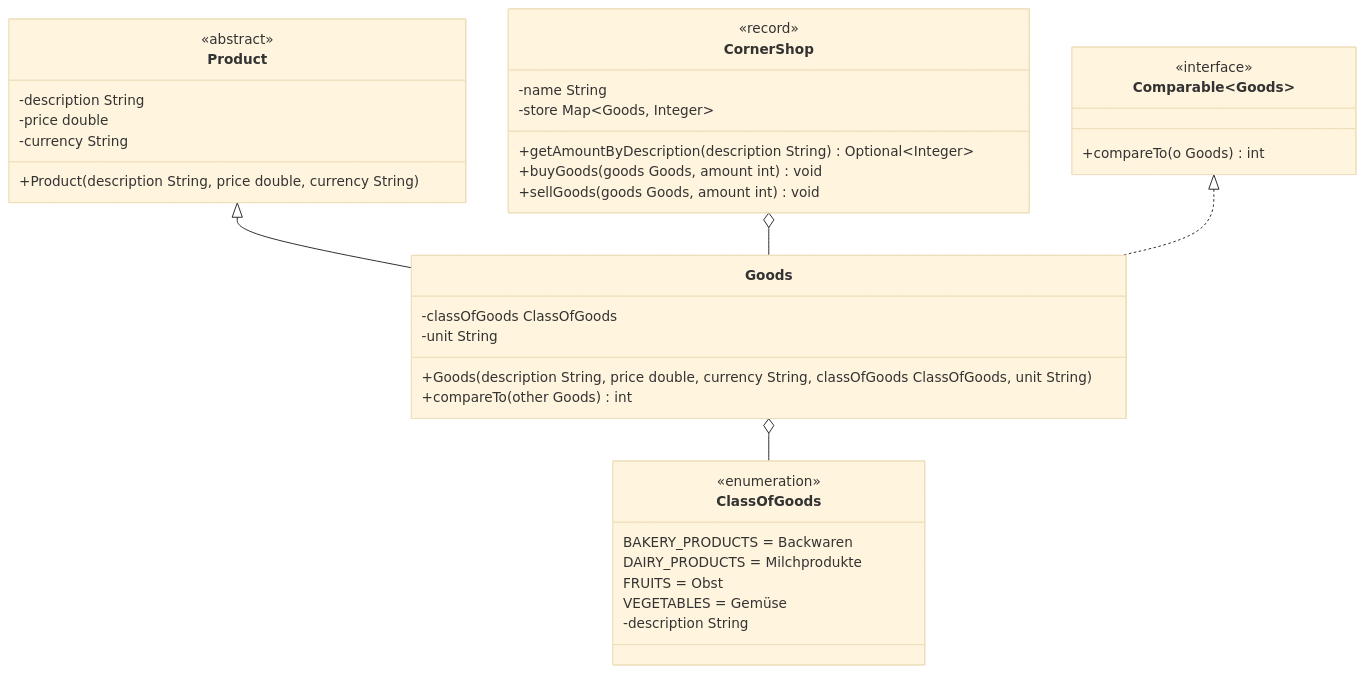
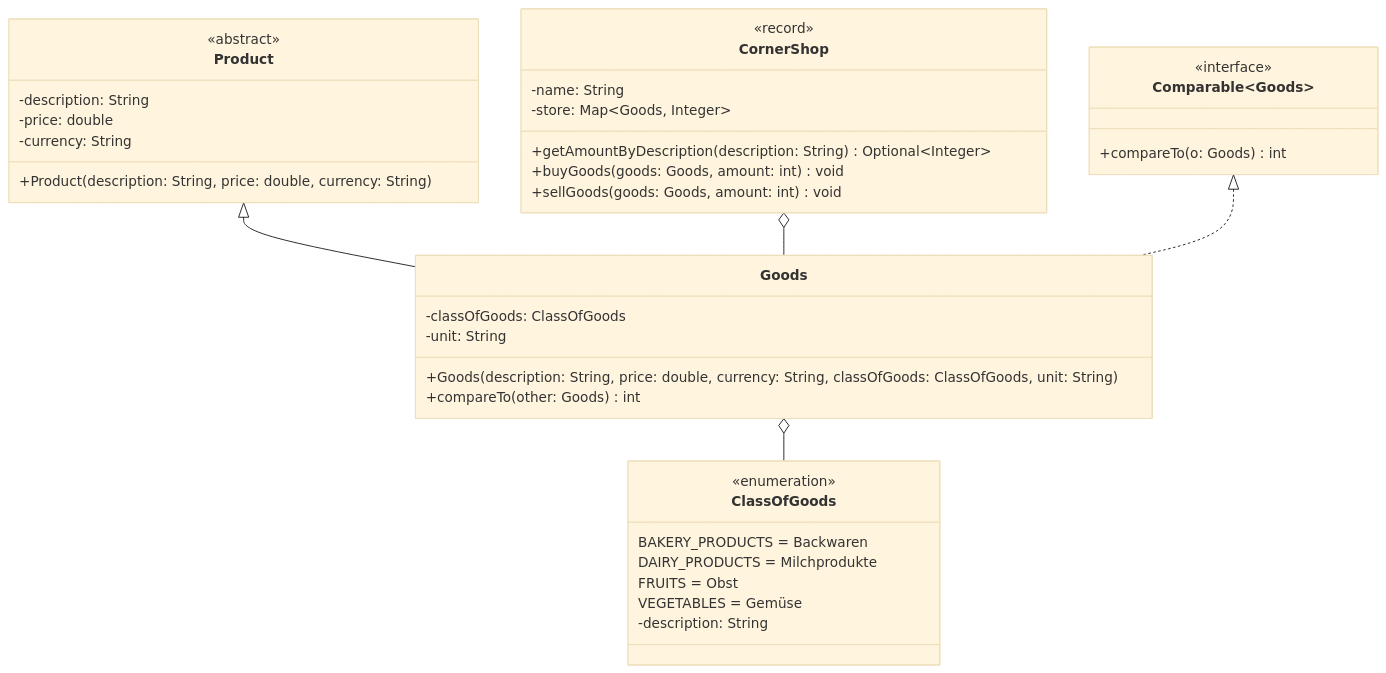
One commit to jappuccini/java-docs changed the diagram in docs/exam-exercises/exam-exercises-java2/corner-shop.md. Above: the diagram before and after it, drawn with Mermaid (base theme). The commit also changed other lines of this file and 76 other files, not shown here.

Commit message:
uml fixes (colons, properties), headline fixes (italic) and exam result updates

````diff
--- a/docs/exam-exercises/exam-exercises-java2/corner-shop.md
+++ b/docs/exam-exercises/exam-exercises-java2/corner-shop.md
@@ -13,45 +13,45 @@
 ```mermaid
 classDiagram
     Product <|-- Goods
     CornerShop o-- Goods
     Comparable~Goods~ <|.. Goods
     Goods o-- ClassOfGoods
 
     class Product {
         <<abstract>>
-        -description String
-        -price double
-        -currency String
-        +Product(description String, price double, currency String)
+        -description: String
+        -price: double
+        -currency: String
+        +Product(description: String, price: double, currency: String)
     }
 
     class Goods {
-        -classOfGoods ClassOfGoods
-        -unit String
-        +Goods(description String, price double, currency String, classOfGoods ClassOfGoods, unit String)
-        +compareTo(other Goods) int
+        -classOfGoods: ClassOfGoods
+        -unit: String
+        +Goods(description: String, price: double, currency: String, classOfGoods: ClassOfGoods, unit: String)
+        +compareTo(other: Goods) int
     }
 
     class Comparable~Goods~ {
         <<interface>>
-        +compareTo(o Goods) int
+        +compareTo(o: Goods) int
     }
 
     class CornerShop {
         <<record>>
-        -name String
-        -store Map~Goods&sbquo; Integer~
-        +getAmountByDescription(description String) Optional~Integer~
-        +buyGoods(goods Goods, amount int) void
-        +sellGoods(goods Goods, amount int) void
+        -name: String
+        -store: Map~Goods, Integer~
+        +getAmountByDescription(description: String) Optional~Integer~
+        +buyGoods(goods: Goods, amount: int) void
+        +sellGoods(goods: Goods, amount: int) void
     }
 
     class ClassOfGoods {
         <<enumeration>>
         BAKERY_PRODUCTS = Backwaren
         DAIRY_PRODUCTS = Milchprodukte
         FRUITS = Obst
         VEGETABLES = Gemüse
-        -description String
+        -description: String
     }
 ```
````
